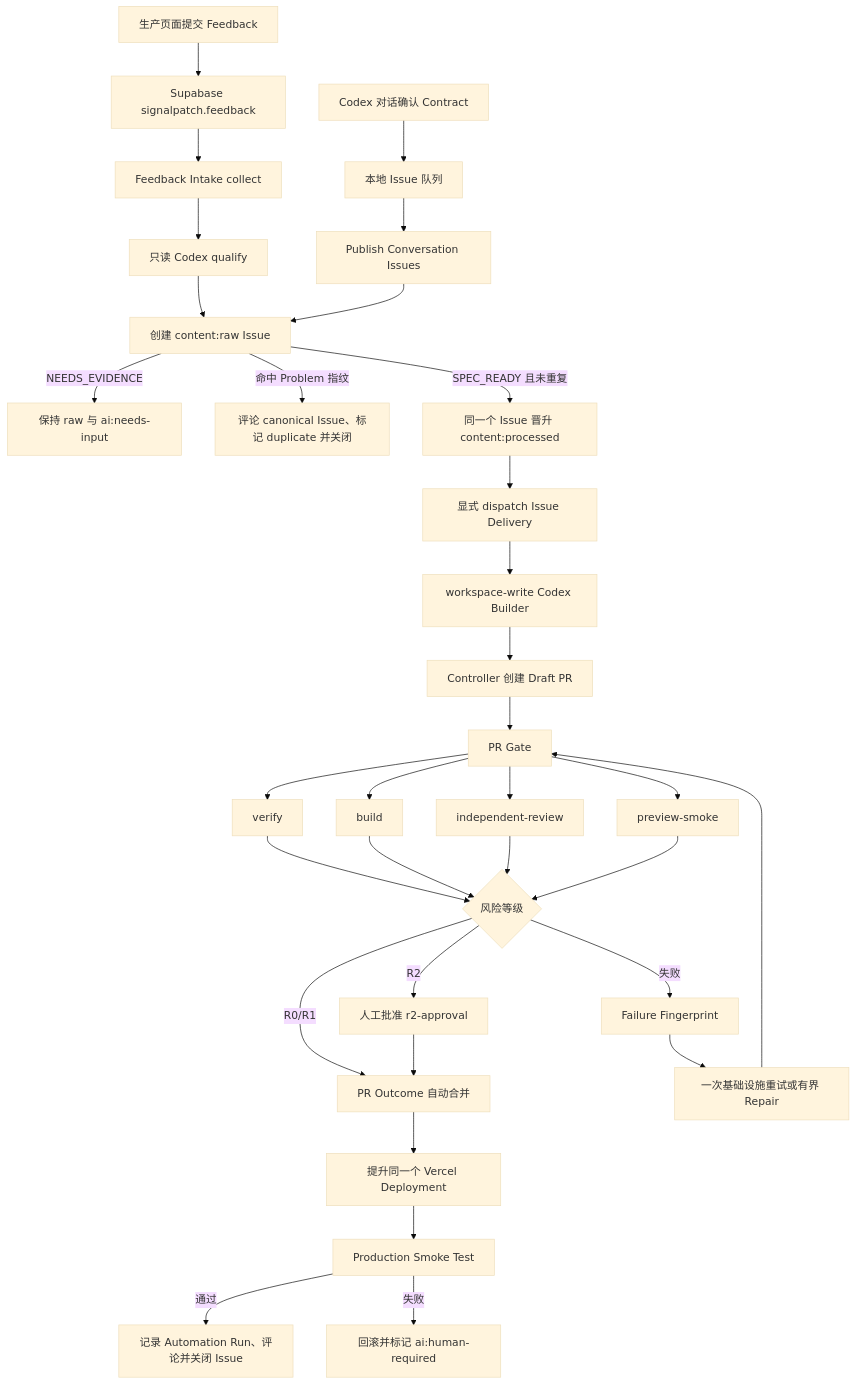
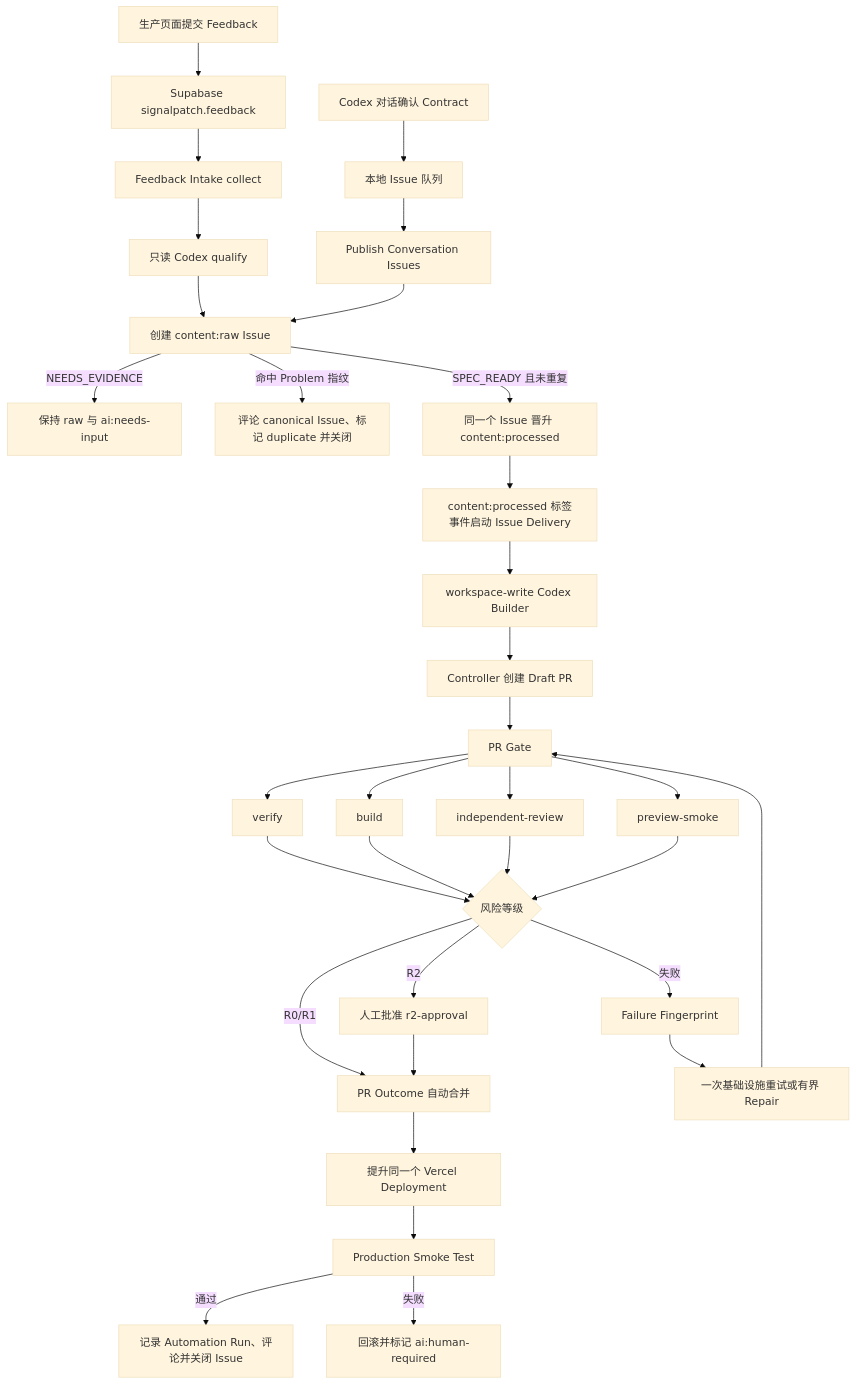
The first of 2 diagrams in docs/codex-manual-operations.md (liuzhuang/signalpatch), drawn with Mermaid (base theme) before and after one commit. The commit also changed other lines of this file and 17 other files, not shown here.

First line of the commit message:
feat(delivery): 用 content:processed 标签事件启动 Issue Delivery

````diff
--- a/docs/codex-manual-operations.md
+++ b/docs/codex-manual-operations.md
@@ -162,35 +162,35 @@
 ```mermaid
 flowchart TD
   A[生产页面提交 Feedback] --> B[Supabase signalpatch.feedback]
   A2[Codex 对话确认 Contract] --> B2[本地 Issue 队列]
   B --> C[Feedback Intake collect]
   B2 --> C2[Publish Conversation Issues]
   C --> D[只读 Codex qualify]
   D --> E[创建 content:raw Issue]
   C2 --> E
   E -->|NEEDS_EVIDENCE| E1[保持 raw 与 ai:needs-input]
   E -->|命中 Problem 指纹| E2[评论 canonical Issue、标记 duplicate 并关闭]
   E -->|SPEC_READY 且未重复| F[同一个 Issue 晋升 content:processed]
-  F --> G[显式 dispatch Issue Delivery]
+  F --> G[content:processed 标签事件启动 Issue Delivery]
   G --> H[workspace-write Codex Builder]
   H --> I[Controller 创建 Draft PR]
   I --> J[PR Gate]
   J --> J1[verify]
   J --> J2[build]
   J --> J3[independent-review]
   J --> J4[preview-smoke]
   J1 --> K{风险等级}
   J2 --> K
   J3 --> K
   J4 --> K
   K -->|R0/R1| L[PR Outcome 自动合并]
   K -->|R2| M[人工批准 r2-approval]
   M --> L
   K -->|失败| N[Failure Fingerprint]
   N --> O[一次基础设施重试或有界 Repair]
   O --> J
   L --> P[提升同一个 Vercel Deployment]
   P --> Q[Production Smoke Test]
   Q -->|通过| R[记录 Automation Run、评论并关闭 Issue]
   Q -->|失败| S[回滚并标记 ai:human-required]
 ```
````
